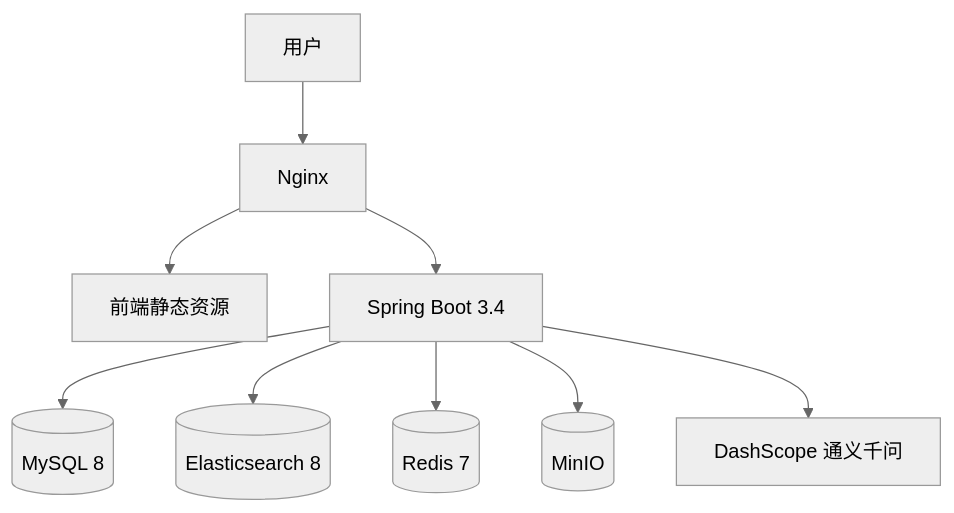
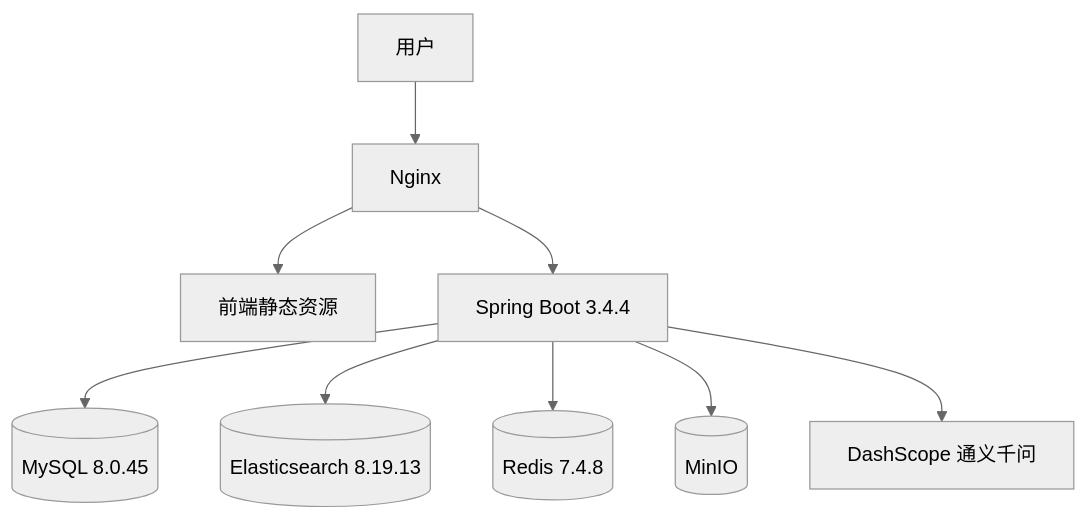
Before and after one commit to QJH-0/01MyWeb: the diagram in tech-spec.md, drawn with Mermaid (neutral theme). The commit also changed other lines of this file and 1 other file, not shown here.

````diff
--- a/tech-spec.md
+++ b/tech-spec.md
@@ -22,11 +22,11 @@
 ```mermaid
 flowchart TB
   User[用户] --> Nginx[Nginx]
   Nginx --> Static[前端静态资源]
-  Nginx --> Boot[Spring Boot 3.4]
-  Boot --> MySQL[(MySQL 8)]
-  Boot --> ES[(Elasticsearch 8)]
-  Boot --> Redis[(Redis 7)]
+  Nginx --> Boot[Spring Boot 3.4.4]
+  Boot --> MySQL[(MySQL 8.0.45)]
+  Boot --> ES[(Elasticsearch 8.19.13)]
+  Boot --> Redis[(Redis 7.4.8)]
   Boot --> MinIO[(MinIO)]
   Boot --> DashScope[DashScope 通义千问]
 ```
````
